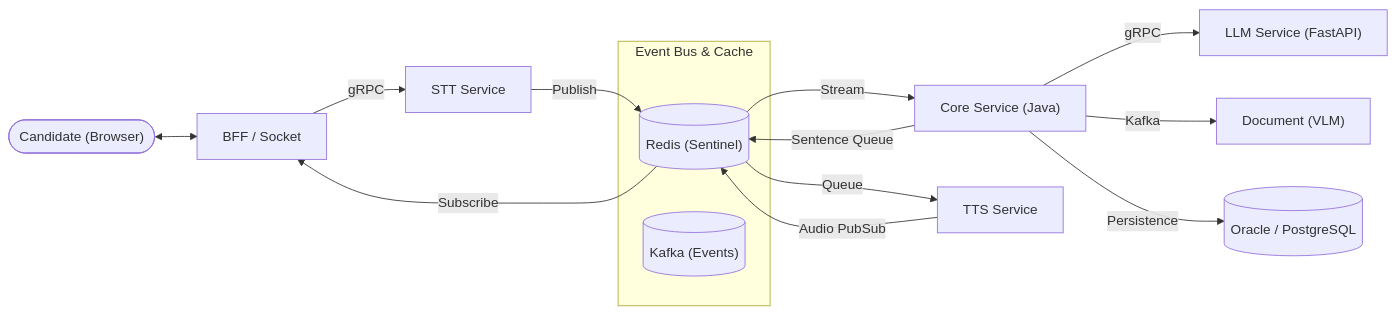
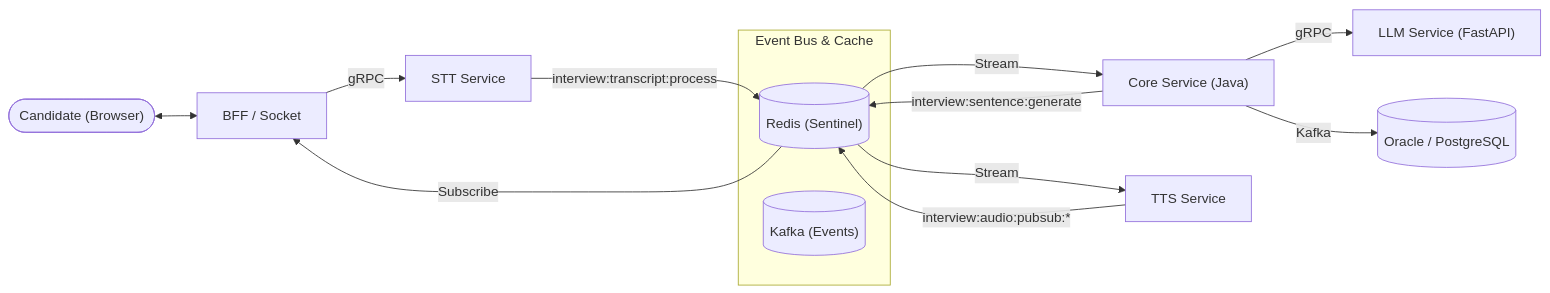
Before and after one commit to Yoonsik-Shin/ai-interview: the first of 2 diagrams in docs/architecture/architecture.md, drawn with Mermaid. The commit also changed other lines of this file and 10 other files, not shown here.

Commit message:
docs: update architecture, changelog, design decisions, coding conventions, and add new reference docs

````diff
--- a/docs/architecture/architecture.md
+++ b/docs/architecture/architecture.md
@@ -75,21 +75,20 @@
 ```mermaid
 flowchart LR
     Candidate(["Candidate (Browser)"]) <--> Gateway["BFF / Socket"]
     Gateway -- gRPC --> STT["STT Service"]
 
     subgraph Event_Bus [Event Bus & Cache]
         Redis[("Redis (Sentinel)")]
         Kafka[("Kafka (Events)")]
     end
 
-    STT -- "Publish" --> Redis
+    STT -- "interview:transcript:process" --> Redis
     Redis -- "Stream" --> Core["Core Service (Java)"]
     Core -- gRPC --> LLM["LLM Service (FastAPI)"]
-    Core -- "Sentence Queue" --> Redis
-    Redis -- "Queue" --> TTS["TTS Service"]
-    TTS -- "Audio PubSub" --> Redis
+    Core -- "interview:sentence:generate" --> Redis
+    Redis -- "Stream" --> TTS["TTS Service"]
+    TTS -- "interview:audio:pubsub:*" --> Redis
     Redis -- "Subscribe" --> Gateway
 
-    Core -- Kafka --> Document["Document (VLM)"]
-    Core -- Persistence --> DB[(Oracle / PostgreSQL)]
+    Core -- Kafka --> DB[(Oracle / PostgreSQL)]
 ```
````
